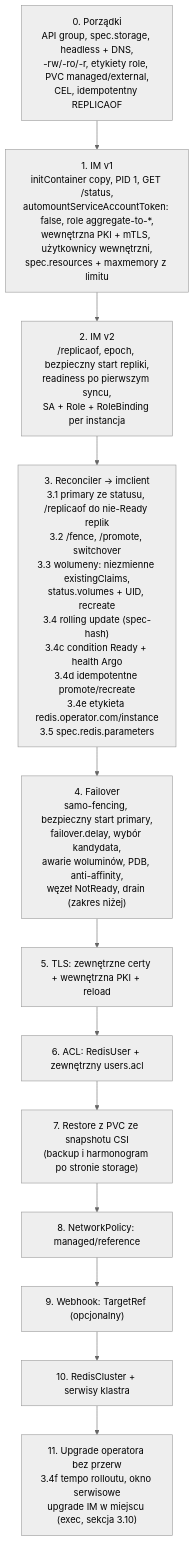
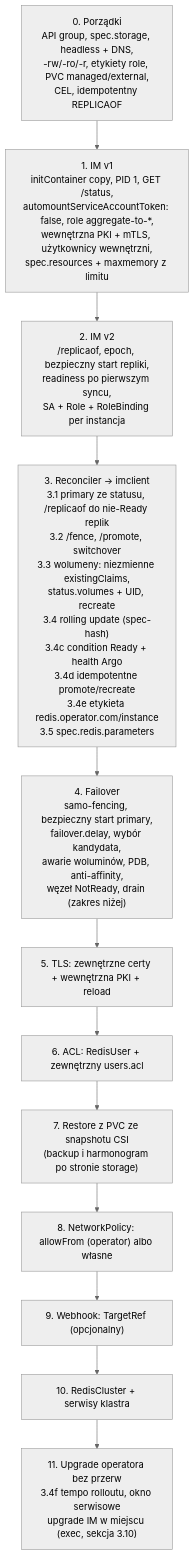
One commit to MrPickle311/redis-operator changed the seventh of 7 diagrams in redis-operator-master-plan.md. Above: the diagram before and after it, drawn with Mermaid (neutral theme). The commit also changed other lines of this file and 4 other files, not shown here.

Commit message:
Added network policy spec

````diff
--- a/redis-operator-master-plan.md
+++ b/redis-operator-master-plan.md
@@ -927,16 +933,16 @@
 ```mermaid
 graph TD
     S0["0. Porządki<br/>API group, spec.storage, headless + DNS,<br/>-rw/-ro/-r, etykiety role, PVC managed/external,<br/>CEL, idempotentny REPLICAOF"]
     S1["1. IM v1<br/>initContainer copy, PID 1, GET /status,<br/>automountServiceAccountToken: false, role aggregate-to-*,<br/>wewnętrzna PKI + mTLS, użytkownicy wewnętrzni,<br/>spec.resources + maxmemory z limitu"]
     S2["2. IM v2<br/>/replicaof, epoch, bezpieczny start repliki,<br/>readiness po pierwszym syncu,<br/>SA + Role + RoleBinding per instancja"]
     S3["3. Reconciler → imclient<br/>3.1 primary ze statusu, /replicaof do nie-Ready replik<br/>3.2 /fence, /promote, switchover<br/>3.3 wolumeny: niezmienne existingClaims,<br/>status.volumes + UID, recreate<br/>3.4 rolling update (spec-hash)<br/>3.4c condition Ready + health Argo<br/>3.4d idempotentne promote/recreate<br/>3.4e etykieta redis.operator.com/instance<br/>3.5 spec.redis.parameters"]
     S4["4. Failover<br/>samo-fencing, bezpieczny start primary,<br/>failover.delay, wybór kandydata,<br/>awarie woluminów, PDB, anti-affinity,<br/>węzeł NotReady, drain (zakres niżej)"]
     S5["5. TLS: zewnętrzne certy + wewnętrzna PKI + reload"]
     S6["6. ACL: RedisUser + zewnętrzny users.acl"]
     S7["7. Restore z PVC ze snapshotu CSI<br/>(backup i harmonogram po stronie storage)"]
-    S8["8. NetworkPolicy: managed/reference"]
+    S8["8. NetworkPolicy: allowFrom (operator) albo własne"]
     S9["9. Webhook: TargetRef (opcjonalny)"]
     S10["10. RedisCluster + serwisy klastra"]
     S11["11. Upgrade operatora bez przerw<br/>3.4f tempo rolloutu, okno serwisowe<br/>upgrade IM w miejscu (exec, sekcja 3.10)"]
     S0 --> S1 --> S2 --> S3 --> S4 --> S5 --> S6 --> S7 --> S8 --> S9 --> S10 --> S11
 ```
````
